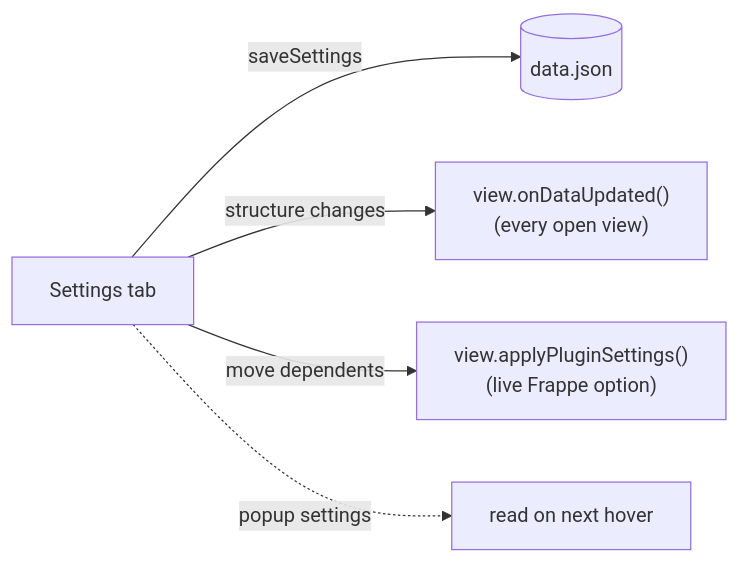
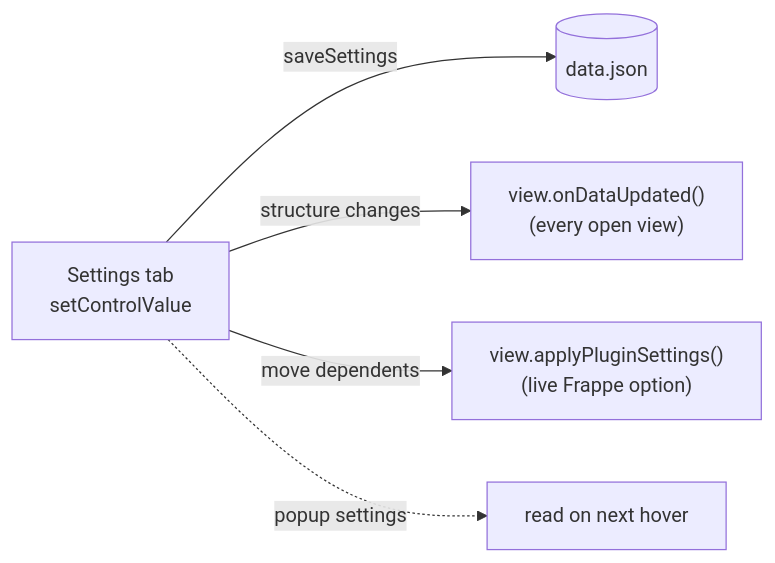
The diagram in docs/settings.md (beathvn/obsidian-bases-gantt), drawn with Mermaid before and after one commit. The commit also changed other lines of this file and 28 other files, not shown here.

````diff
--- a/docs/settings.md
+++ b/docs/settings.md
@@ -30,7 +30,7 @@
 ```mermaid
 flowchart LR
-    T[Settings tab] -->|saveSettings| D[(data.json)]
+    T[Settings tab<br/>setControlValue] -->|saveSettings| D[(data.json)]
     T -->|structure changes| R["view.onDataUpdated()<br/>(every open view)"]
     T -->|move dependents| A["view.applyPluginSettings()<br/>(live Frappe option)"]
     T -.->|popup settings| H[read on next hover]
 ```
````
